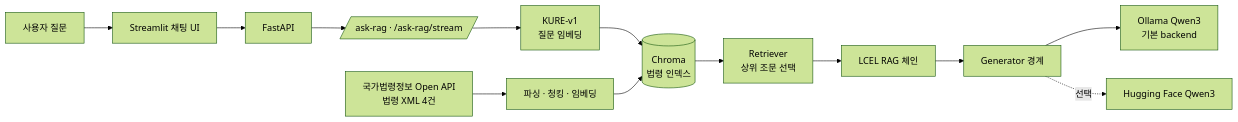
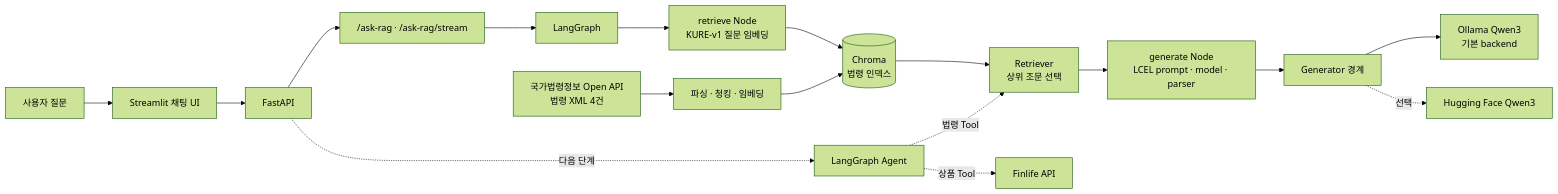
Before and after one commit to SWHee/korean-chatbot-lab: the diagram in README.md, drawn with Mermaid (forest theme). The commit also changed other lines of this file and 2 other files, not shown here.

Commit message:
docs(agent): plan Finlife and agent expansion

````diff
--- a/README.md
+++ b/README.md
@@ -23,19 +26,24 @@
 ```mermaid
 flowchart LR
     U[사용자 질문] --> UI[Streamlit 채팅 UI]
     UI --> API[FastAPI]
 
+    API --> R["/ask-rag · /ask-rag/stream"]
+    R --> LG[LangGraph]
+    LG --> E[retrieve Node<br/>KURE-v1 질문 임베딩]
+    E --> V[(Chroma<br/>법령 인덱스)]
+    V --> T[Retriever<br/>상위 조문 선택]
+    T --> L[generate Node<br/>LCEL prompt · model · parser]
+    L --> G
+
     G[Generator 경계]
     G --> O[Ollama Qwen3<br/>기본 backend]
     G -. 선택 .-> H[Hugging Face Qwen3]
 
-    API --> R[/ask-rag · /ask-rag/stream/]
-    R --> E[KURE-v1<br/>질문 임베딩]
-    E --> V[(Chroma<br/>법령 인덱스)]
-    V --> T[Retriever<br/>상위 조문 선택]
-    T --> L[LCEL RAG 체인]
-    L --> G
-
     X[국가법령정보 Open API<br/>법령 XML 4건] --> P[파싱 · 청킹 · 임베딩]
     P --> V
+
+    API -. 다음 단계 .-> A[LangGraph Agent]
+    A -. 법령 Tool .-> T
+    A -. 상품 Tool .-> F[Finlife API]
 ```
````
